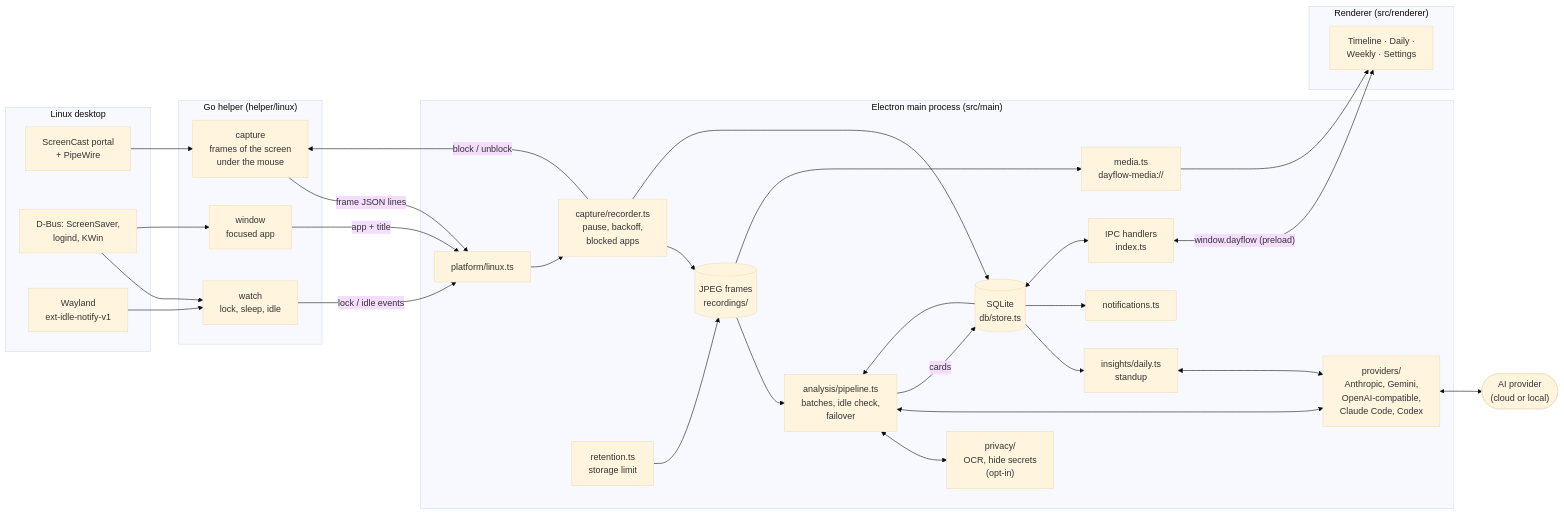
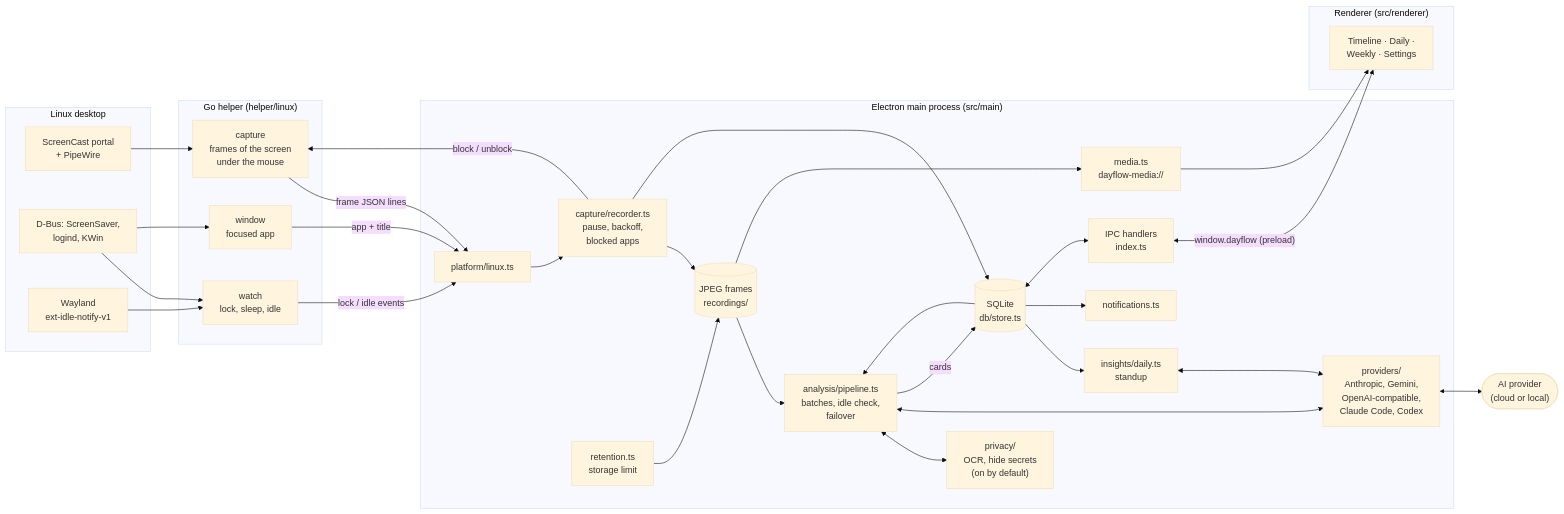
One commit to kokuwaio/dayflow-electron changed the first of 3 diagrams in docs/architecture.md. Above: the diagram before and after it, drawn with Mermaid (base theme). The commit also changed 13 other files, not shown here.

````diff
--- a/docs/architecture.md
+++ b/docs/architecture.md
@@ -22,61 +22,61 @@
 ```mermaid
 flowchart LR
   subgraph Desktop["Linux desktop"]
     Portal["ScreenCast portal<br/>+ PipeWire"]
     DBus["D-Bus: ScreenSaver,<br/>logind, KWin"]
     Wayland["Wayland<br/>ext-idle-notify-v1"]
   end
 
   subgraph Helper["Go helper (helper/linux)"]
     Capture["capture<br/>frames of the screen<br/>under the mouse"]
     Watch["watch<br/>lock, sleep, idle"]
     Window["window<br/>focused app"]
   end
 
   subgraph Main["Electron main process (src/main)"]
     Platform["platform/linux.ts"]
     Recorder["capture/recorder.ts<br/>pause, backoff,<br/>blocked apps"]
     Store[("SQLite<br/>db/store.ts")]
     Files[("JPEG frames<br/>recordings/")]
     Pipeline["analysis/pipeline.ts<br/>batches, idle check,<br/>failover"]
     Providers["providers/<br/>Anthropic, Gemini,<br/>OpenAI-compatible,<br/>Claude Code, Codex"]
-    Privacy["privacy/<br/>OCR, hide secrets<br/>(opt-in)"]
+    Privacy["privacy/<br/>OCR, hide secrets<br/>(on by default)"]
     Insights["insights/daily.ts<br/>standup"]
     Notify["notifications.ts"]
     Retention["retention.ts<br/>storage limit"]
     Media["media.ts<br/>dayflow-media://"]
     IPC["IPC handlers<br/>index.ts"]
   end
 
   subgraph Renderer["Renderer (src/renderer)"]
     UI["Timeline · Daily ·<br/>Weekly · Settings"]
   end
 
   AI(["AI provider<br/>(cloud or local)"])
 
   Portal --> Capture
   DBus --> Watch
   Wayland --> Watch
   DBus --> Window
   Capture -- "frame JSON lines" --> Platform
   Watch -- "lock / idle events" --> Platform
   Window -- "app + title" --> Platform
   Platform --> Recorder
   Recorder -- "block / unblock" --> Capture
   Recorder --> Files
   Recorder --> Store
   Store --> Pipeline
   Files --> Pipeline
   Pipeline <--> Privacy
   Pipeline <--> Providers
   Providers <--> AI
   Pipeline -- "cards" --> Store
   Store --> Insights
   Insights <--> Providers
   Store --> Notify
   Retention --> Files
   Store <--> IPC
   Files --> Media
   IPC <-- "window.dayflow (preload)" --> UI
   Media --> UI
 ```
````
